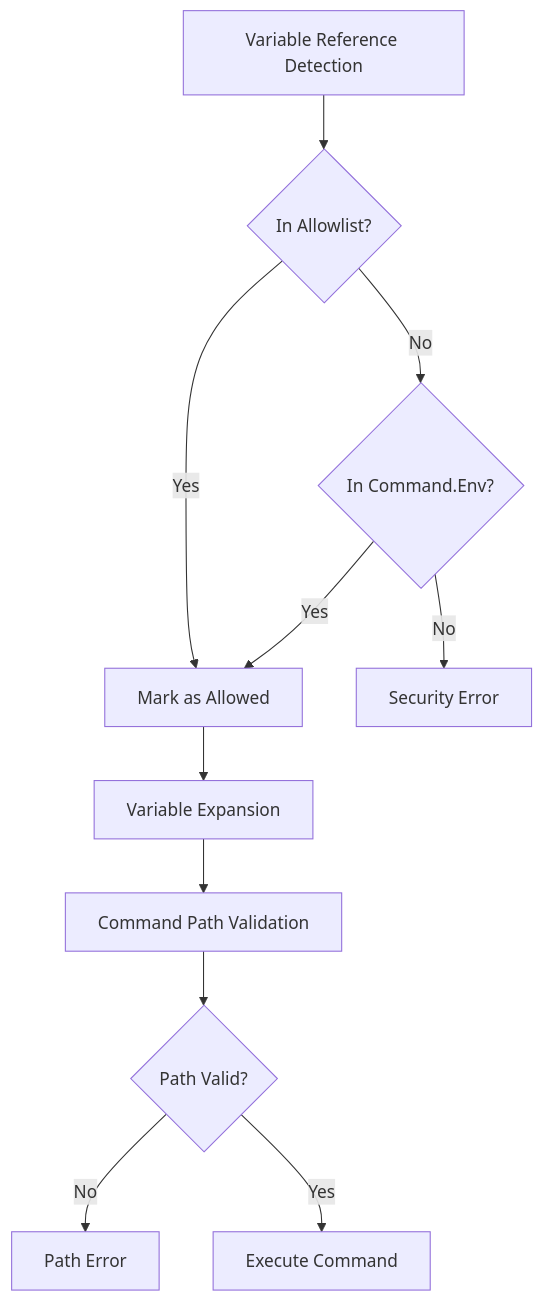
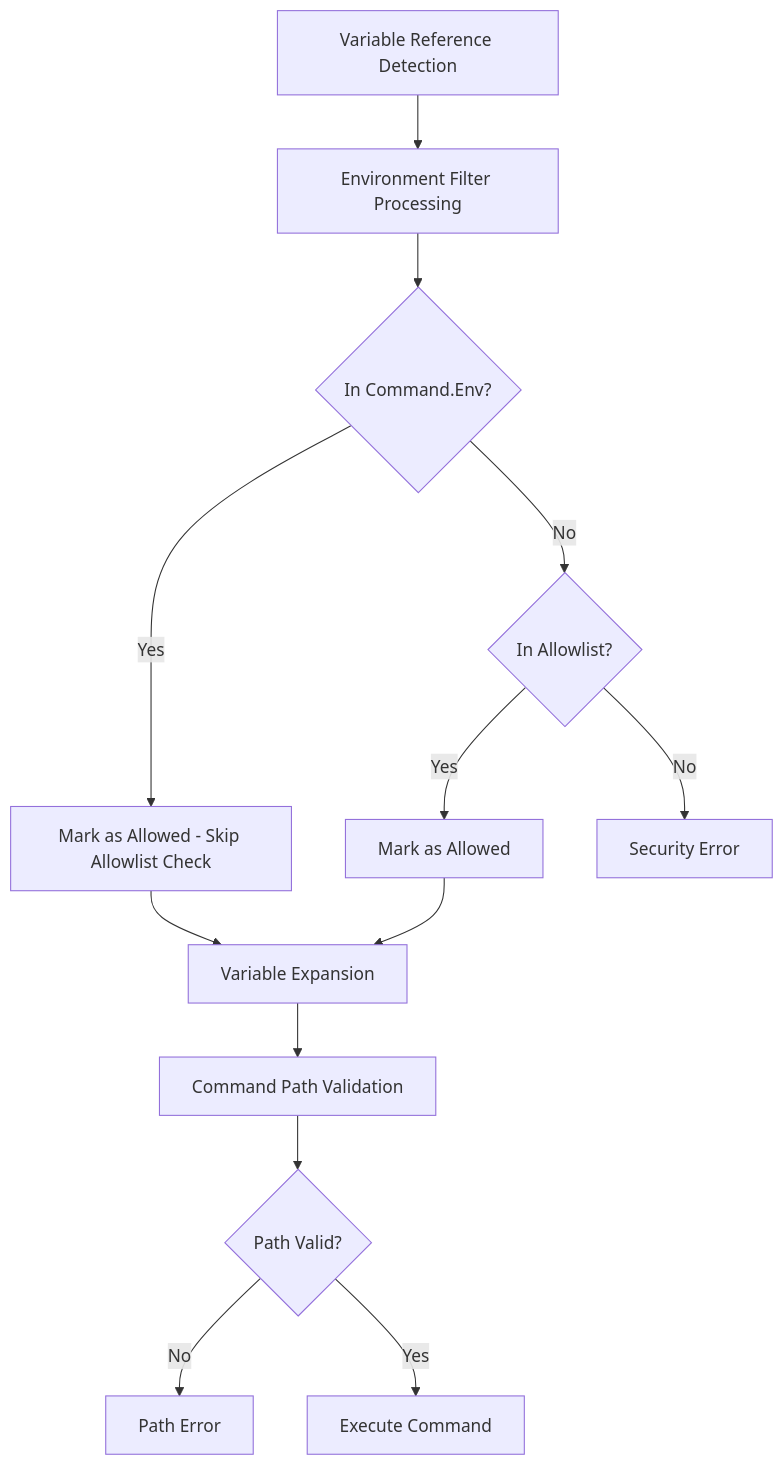
Before and after one commit to isseis/go-safe-cmd-runner: the fifth of 7 diagrams in docs/tasks/0026_variable_expansion/02_architecture.md, drawn with Mermaid. The commit also changed other lines of this file, not shown here.

First line of the commit message:
Improve environment variable processing architecture and diagrams

````diff
--- a/docs/tasks/0026_variable_expansion/02_architecture.md
+++ b/docs/tasks/0026_variable_expansion/02_architecture.md
@@ -233,13 +238,15 @@
 ```mermaid
 flowchart TD
-    A[Variable Reference Detection] --> B{In Allowlist?}
-    B -->|No| C{In Command.Env?}
-    B -->|Yes| D[Mark as Allowed]
-    C -->|No| E[Security Error]
-    C -->|Yes| D
-    D --> F[Variable Expansion]
-    F --> G[Command Path Validation]
-    G --> H{Path Valid?}
-    H -->|No| I[Path Error]
-    H -->|Yes| J[Execute Command]
+    A[Variable Reference Detection] --> B[Environment Filter Processing]
+    B --> C{In Command.Env?}
+    C -->|Yes| D[Mark as Allowed - Skip Allowlist Check]
+    C -->|No| E{In Allowlist?}
+    E -->|Yes| F[Mark as Allowed]
+    E -->|No| G[Security Error]
+    D --> H[Variable Expansion]
+    F --> H
+    H --> I[Command Path Validation]
+    I --> J{Path Valid?}
+    J -->|No| K[Path Error]
+    J -->|Yes| L[Execute Command]
 ```
````
